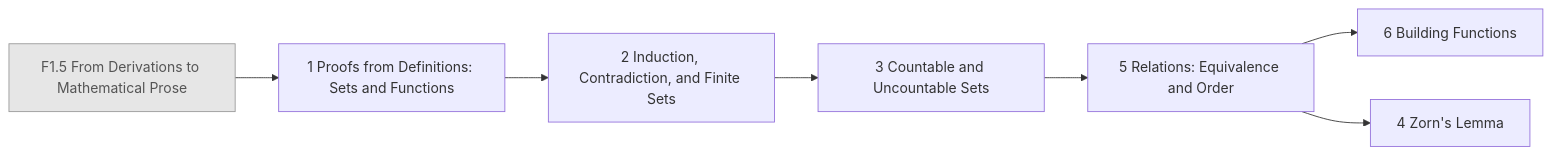
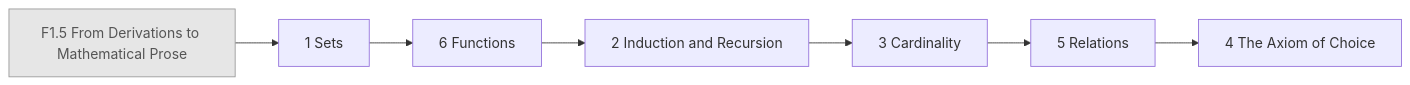
Before and after one commit to AkizumiFox/math-atlas: the diagram in generated/chapters/F2.mmd, drawn with Mermaid. The commit also changed 17 other files, not shown here.

```diff
--- a/generated/chapters/F2.mmd
+++ b/generated/chapters/F2.mmd
@@ -1,17 +1,17 @@
 flowchart LR
   F1_5["F1.5 From Derivations to Mathematical Prose"]:::ext
-  F2_1["1 Proofs from Definitions: Sets and Functions"]
-  F2_2["2 Induction, Contradiction, and Finite Sets"]
-  F2_3["3 Countable and Uncountable Sets"]
-  F2_5["5 Relations: Equivalence and Order"]
-  F2_6["6 Building Functions"]
-  F2_4["4 Zorn's Lemma"]
+  F2_1["1 Sets"]
+  F2_6["6 Functions"]
+  F2_2["2 Induction and Recursion"]
+  F2_3["3 Cardinality"]
+  F2_5["5 Relations"]
+  F2_4["4 The Axiom of Choice"]
   F1_5 --> F2_1
-  F2_1 --> F2_2
+  F2_1 --> F2_6
+  F2_6 --> F2_2
   F2_2 --> F2_3
   F2_3 --> F2_5
-  F2_5 --> F2_6
   F2_5 --> F2_4
   classDef ext fill:#e6e6e6,stroke:#999,color:#555
   classDef opt fill:#fff,stroke:#999,stroke-dasharray:4 3,color:#555
   classDef segb fill:#f6f6fb,stroke:#99a,color:#333
```
